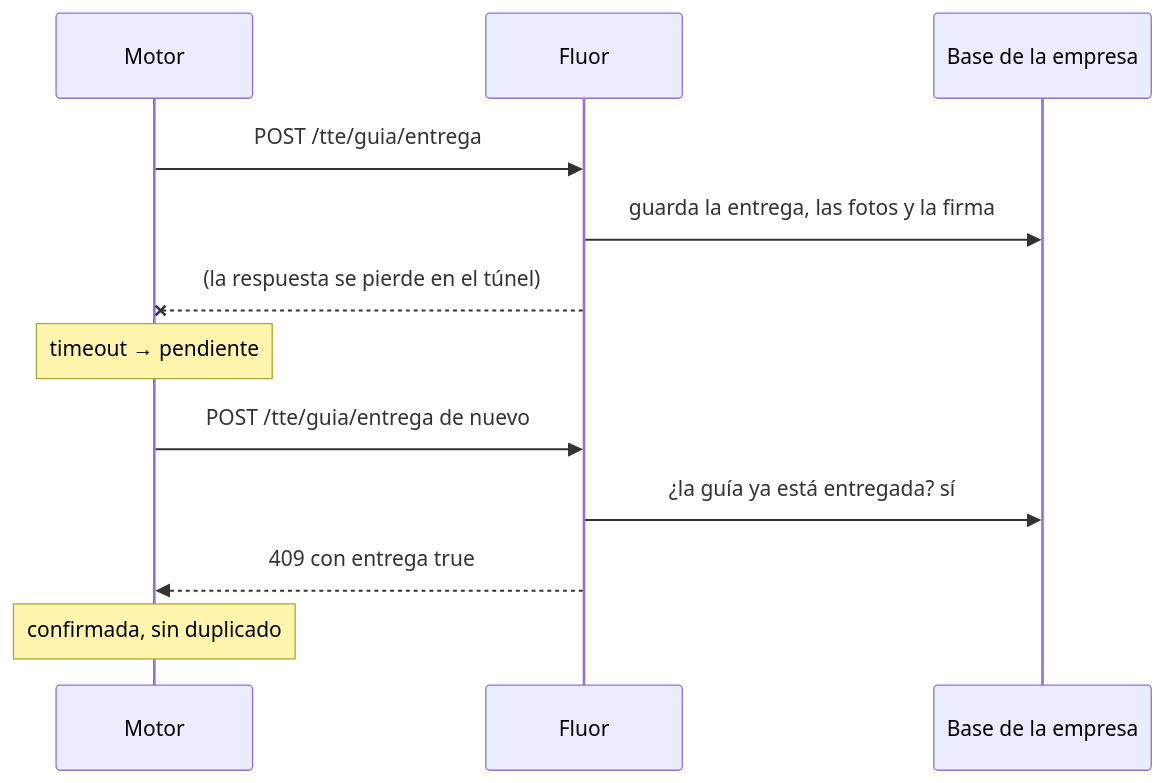
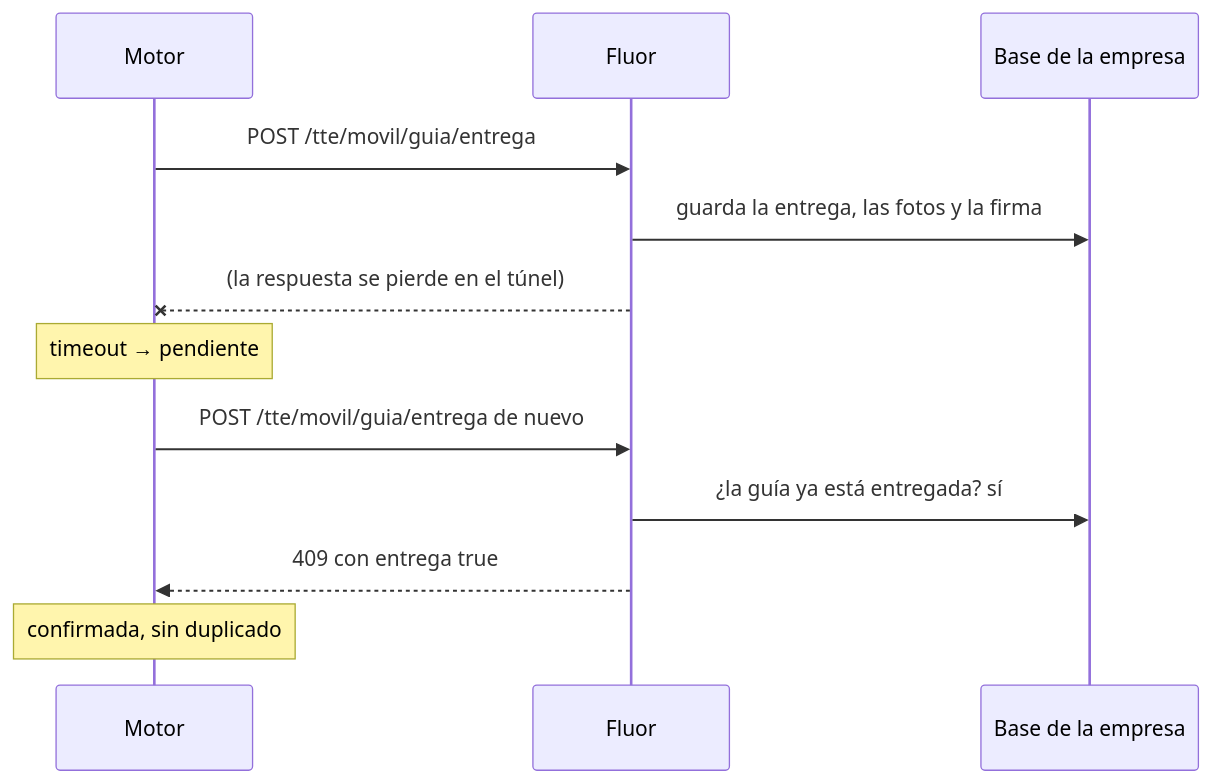
The eighth of 9 diagrams in docs/offline.md (tamerlantian/cilog-2), drawn with Mermaid before and after one commit. The commit also changed other lines of this file and 9 other files, not shown here.

````diff
--- a/docs/offline.md
+++ b/docs/offline.md
@@ -286,15 +286,15 @@
 ```mermaid
 sequenceDiagram
     participant M as Motor
     participant F as Fluor
     participant BD as Base de la empresa
 
-    M->>F: POST /tte/guia/entrega
+    M->>F: POST /tte/movil/guia/entrega
     F->>BD: guarda la entrega, las fotos y la firma
     F--xM: (la respuesta se pierde en el túnel)
     Note over M: timeout → pendiente
-    M->>F: POST /tte/guia/entrega de nuevo
+    M->>F: POST /tte/movil/guia/entrega de nuevo
     F->>BD: ¿la guía ya está entregada? sí
     F-->>M: 409 con entrega true
     Note over M: confirmada, sin duplicado
 ```
````
